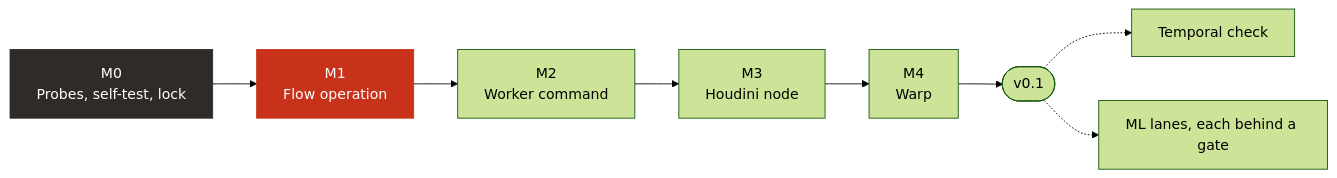
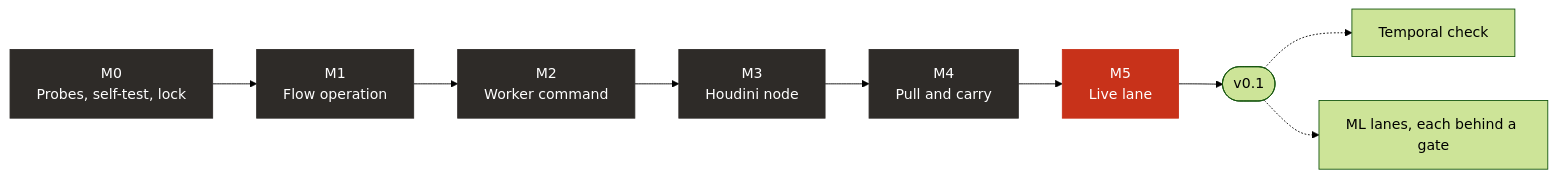
One commit to JosephOIbrahim/CVCOPS changed the third of 5 diagrams in README.md. Above: the diagram before and after it, drawn with Mermaid (forest theme). The commit also changed other lines of this file and 1 other file, not shown here.

````diff
--- a/README.md
+++ b/README.md
@@ -92,14 +89,15 @@
 ```mermaid
 flowchart LR
   M0["M0<br/>Probes, self-test, lock"] --> M1["M1<br/>Flow operation"]
   M1 --> M2["M2<br/>Worker command"]
   M2 --> M3["M3<br/>Houdini node"]
-  M3 --> M4["M4<br/>Warp"]
-  M4 --> R(["v0.1"])
+  M3 --> M4["M4<br/>Pull and carry"]
+  M4 --> M5["M5<br/>Live lane"]
+  M5 --> R(["v0.1"])
   R -.-> T["Temporal check"]
   R -.-> ML["ML lanes, each behind a gate"]
   classDef done fill:#2E2B28,color:#ffffff,stroke:#2E2B28
   classDef now fill:#C8321A,color:#ffffff,stroke:#C8321A
-  class M0 done
-  class M1 now
+  class M0,M1,M2,M3,M4 done
+  class M5 now
 ```
````
